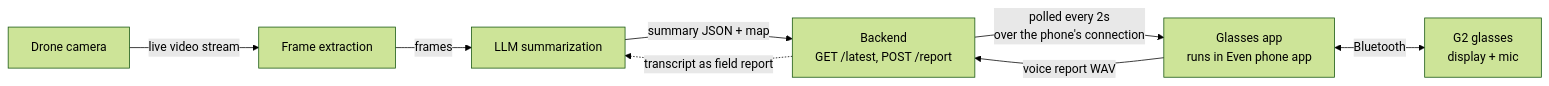
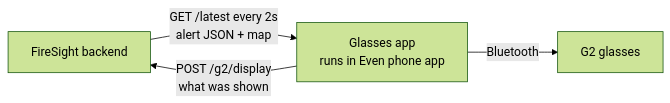
The diagram in glasses-app/README.md (lily1c/la-hacks-2026), drawn with Mermaid (forest theme) before and after one commit. The commit also changed other lines of this file and 3 other files, not shown here.

````diff
--- a/glasses-app/README.md
+++ b/glasses-app/README.md
@@ -20,10 +21,6 @@
 ```mermaid
 flowchart LR
-    A[Drone camera] -->|live video stream| B[Frame extraction]
-    B -->|frames| C[LLM summarization]
-    C -->|summary JSON + map| D[Backend<br/>GET /latest, POST /report]
-    D -->|polled every 2s<br/>over the phone's connection| E[Glasses app<br/>runs in Even phone app]
-    E <-->|Bluetooth| F[G2 glasses<br/>display + mic]
-    E -->|voice report WAV| D
-    D -.->|transcript as field report| C
+    A[FireSight backend] -->|GET /latest every 2s<br/>alert JSON + map| B[Glasses app<br/>runs in Even phone app]
+    B -->|Bluetooth| C[G2 glasses]
+    B -->|POST /g2/display<br/>what was shown| A
 ```
````
